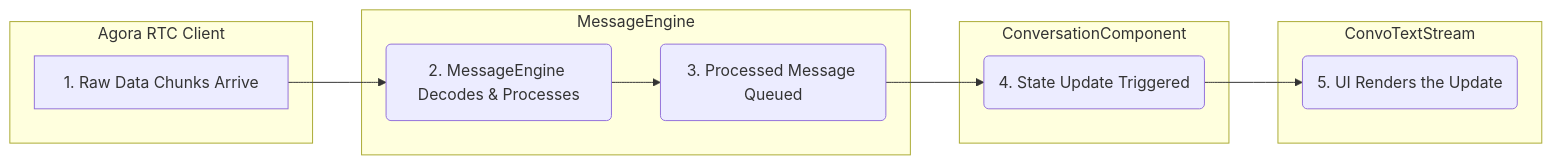
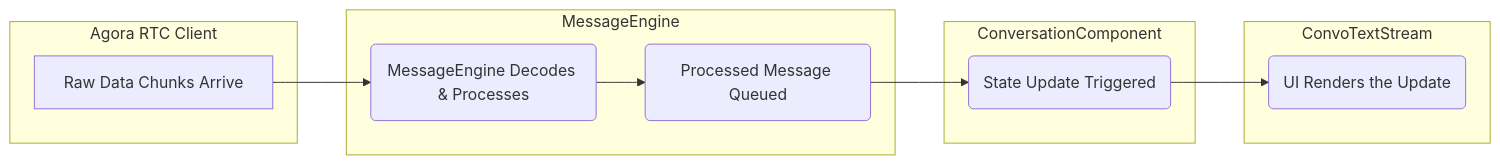
One commit to Usmaniac2003/AgoraVoiceAgent changed the second of 3 diagrams in DOCS/TEXT_STREAMING_GUIDE.md. Above: the diagram before and after it, drawn with Mermaid. The commit also changed other lines of this file, not shown here.

Commit message:
updated guide

````diff
--- a/DOCS/TEXT_STREAMING_GUIDE.md
+++ b/DOCS/TEXT_STREAMING_GUIDE.md
@@ -41,21 +41,21 @@
 ```mermaid
 graph LR
-    A[1. Raw Data Chunks Arrive] --> B(2. MessageEngine Decodes & Processes);
-    B --> C(3. Processed Message Queued);
-    C --> D(4. State Update Triggered);
-    D --> E(5. UI Renders the Update);
+    A[Raw Data Chunks Arrive] --> B(MessageEngine Decodes & Processes);
+    B --> C(Processed Message Queued);
+    C --> D(State Update Triggered);
+    D --> E(UI Renders the Update);
 
     subgraph RTC_Client [Agora RTC Client]
         A
     end
     subgraph MsgEngine [MessageEngine]
         B
         C
     end
     subgraph ConvoComp [ConversationComponent]
         D
     end
     subgraph ConvoStream [ConvoTextStream]
         E
     end
 ```
````
